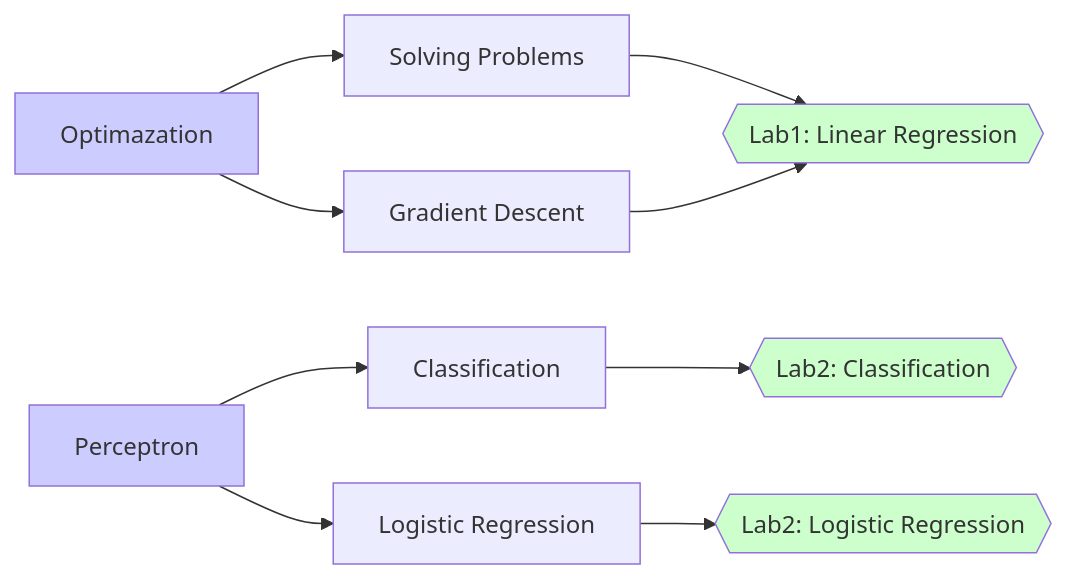
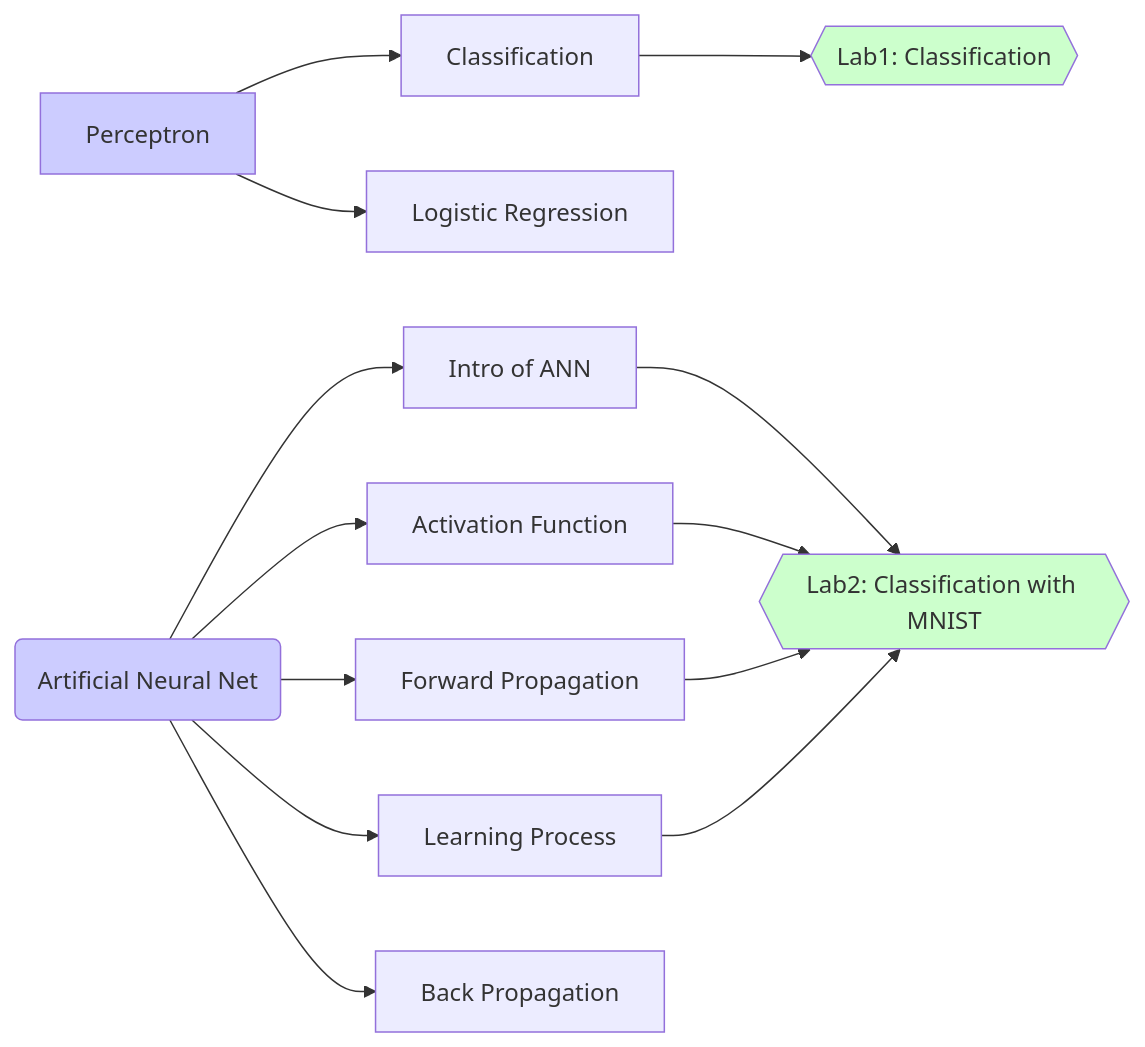
Before and after one commit to Jay-LEE-85/DeepLearning: the diagram in intro.qmd, drawn with Mermaid. The commit also changed 3 other files, not shown here.

````diff
--- a/intro.qmd
+++ b/intro.qmd
@@ -21,37 +21,17 @@
 ```{mermaid}
 %%| label: fig-LearningPath
 %%| fig-cap: "Learning Path"
 
 flowchart LR
-  opt[Optimazation]:::ch --> opt1[Solving Problems]
-  opt --> opt2[Gradient Descent] 
-
-  opt1 --> opt_l{{Lab1: Linear Regression}}
-  opt2 --> opt_l:::lab
-
   per[Perceptron]:::ch --> per1[Classification]
   per --> per2[Logistic Regression]
 
-  per1 --> per_l1{{Lab2: Classification}}:::lab
-  per2 --> per_l2{{Lab2: Logistic Regression}}:::lab
+  per1 --> per_l1{{Lab1: Classification}}:::lab
 
-  %% ann[ANN]:::ch --> ann1[Multi Layer Perceptron] --> ann_l{{Lab3:}}:::lab
-  %% ann --> ann2[Artificial NN?]
+  ann(Artificial Neural Net):::ch --> ann1[Intro of ANN] & ann2[Activation Function] & ann3[Forward Propagation] & ann4[Learning Process] & ann5[Back Propagation]
 
-  %% ann2 --> ann2_1[Recursive Algorithm]
-  %% ann2 --> ann2_2[Dynamic Programing]
-  %% ann2 --> ann2_3[Neural Networks]
-  
-  %% ann2_3 --> ann2_3_3[Loss Function]
-  %% ann2_3 --> ann2_3_1[Optimization]
-  %% ann2_3 --> ann2_3_2[Activation Function]
-
-  %% ann2_1 & ann2_2 & ann2_3_1 & ann2_3_2 & ann2_3_3 --> ann_l{{Lab3: MNIST Classification}}:::lab
-  
-  %% cnn[Convolution-NN]:::ch --> cnn1[NA]
-
-  %% rnn[Recurrent-NN]:::ch --> rnn[NA]
+  ann1 & ann2 & ann3 & ann4 --> ann_l{{Lab2: Classification with MNIST}}:::lab
 
   classDef ch fill:#ccccff
   classDef lab fill:#ccffcc
 ```
````
